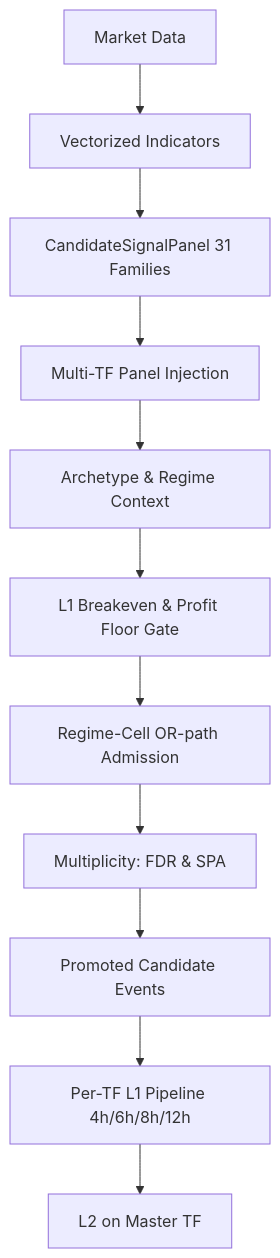
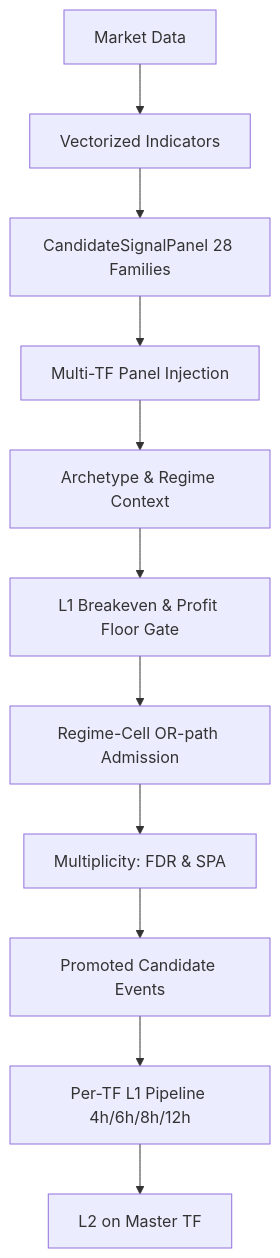
One commit to KTHYEONG/crypto-pilot changed the diagram in docs/architecture/layer1.md. Above: the diagram before and after it, drawn with Mermaid. The commit also changed other lines of this file and 6 other files, not shown here.

````diff
--- a/docs/architecture/layer1.md
+++ b/docs/architecture/layer1.md
@@ -60,13 +65,13 @@
 ```mermaid
 graph TD
     A[Market Data] --> B[Vectorized Indicators]
-    B --> C[CandidateSignalPanel 31 Families]
+    B -->     C[CandidateSignalPanel 28 Families]
     C --> C1[Multi-TF Panel Injection]
     C1 --> D[Archetype & Regime Context]
     D --> E[L1 Breakeven & Profit Floor Gate]
     E --> F[Regime-Cell OR-path Admission]
     F --> G[Multiplicity: FDR & SPA]
     G --> H[Promoted Candidate Events]
     H --> I[Per-TF L1 Pipeline 4h/6h/8h/12h]
     I --> J[L2 on Master TF]
 ```
````
